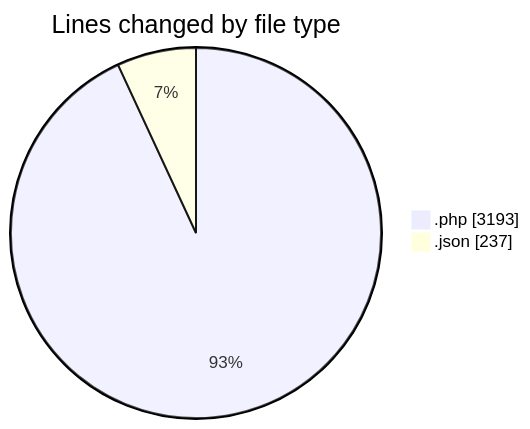
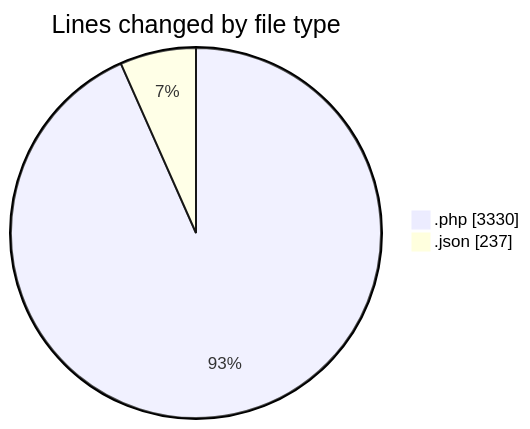
One commit to idhammustaqopulfikri/code-tracking changed the first of 2 diagrams in 2025-06-06/sewa-mobil/README.md. Above: the diagram before and after it, drawn with Mermaid. The commit also changed other lines of this file and 1 other file, not shown here.

````diff
--- a/2025-06-06/sewa-mobil/README.md
+++ b/2025-06-06/sewa-mobil/README.md
@@ -28,6 +28,6 @@
 ```mermaid
 pie showData
 title Lines changed by file type
-".php" : 3193
+".php" : 3330
 ".json" : 237
 ```
````
